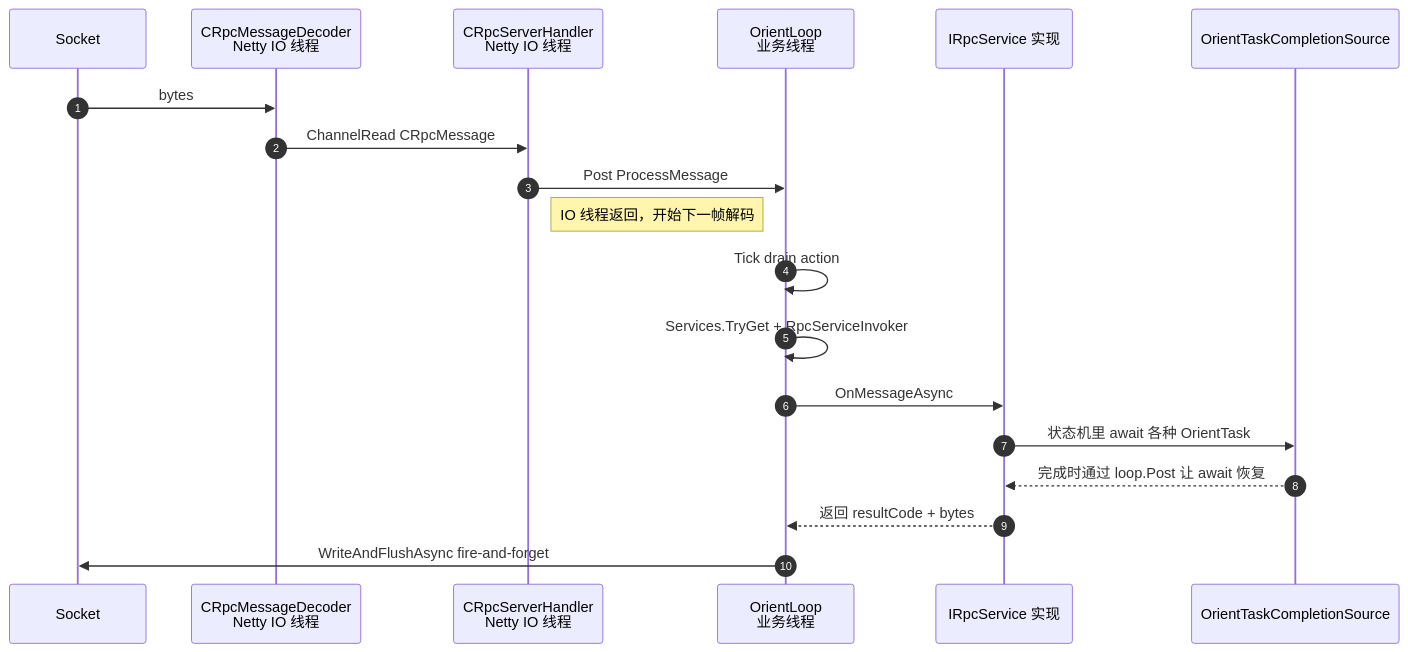
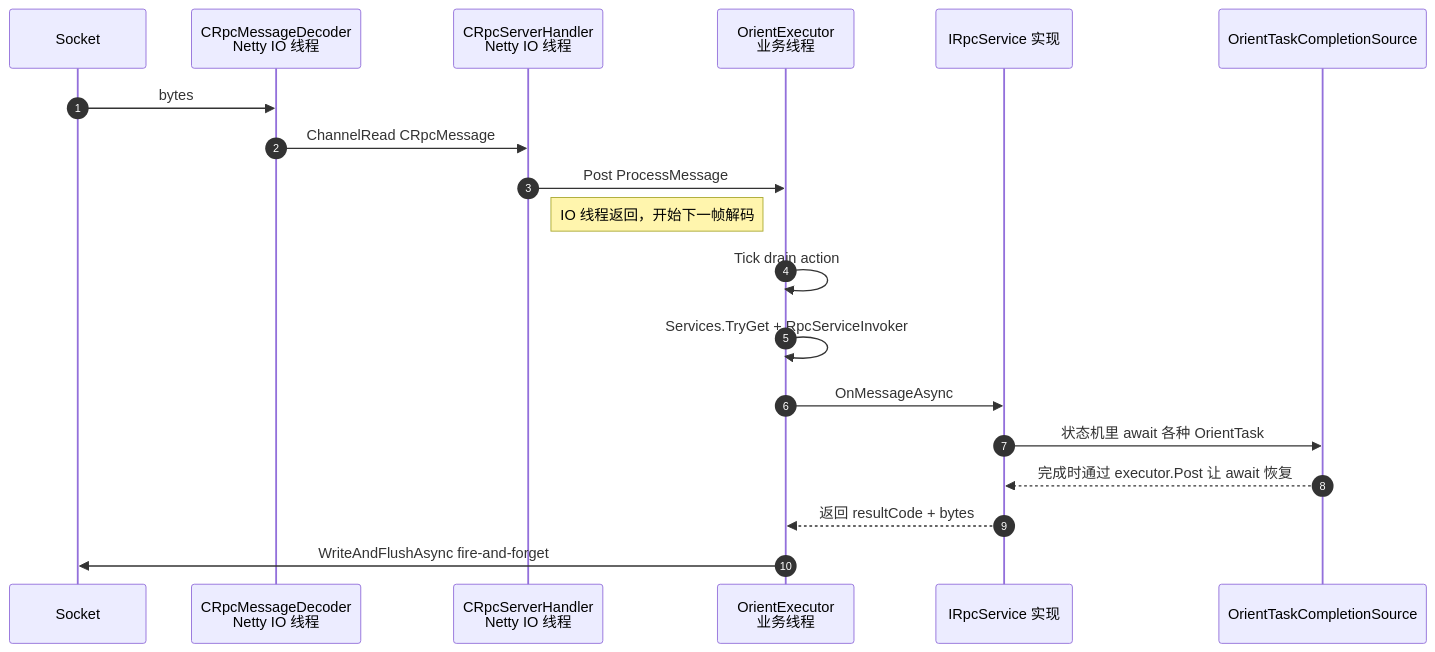
Before and after one commit to orientye/orientdotnet: the second of 5 diagrams in Doc/architecture.md, drawn with Mermaid. The commit also changed other lines of this file and 74 other files, not shown here.

````diff
--- a/Doc/architecture.md
+++ b/Doc/architecture.md
@@ -675,22 +674,22 @@
 ```mermaid
 sequenceDiagram
     autonumber
     participant Net as Socket
     participant Dec as CRpcMessageDecoder<br/>Netty IO 线程
     participant SH as CRpcServerHandler<br/>Netty IO 线程
-    participant BizLoop as OrientLoop<br/>业务线程
+    participant BizExecutor as OrientExecutor<br/>业务线程
     participant Svc as IRpcService 实现
     participant TCS as OrientTaskCompletionSource
 
     Net->>Dec: bytes
     Dec->>SH: ChannelRead CRpcMessage
-    SH->>BizLoop: Post ProcessMessage
+    SH->>BizExecutor: Post ProcessMessage
     Note right of SH: IO 线程返回，开始下一帧解码
-    BizLoop->>BizLoop: Tick drain action
-    BizLoop->>BizLoop: Services.TryGet + RpcServiceInvoker
-    BizLoop->>Svc: OnMessageAsync
+    BizExecutor->>BizExecutor: Tick drain action
+    BizExecutor->>BizExecutor: Services.TryGet + RpcServiceInvoker
+    BizExecutor->>Svc: OnMessageAsync
     Svc->>TCS: 状态机里 await 各种 OrientTask
-    TCS-->>Svc: 完成时通过 loop.Post 让 await 恢复
-    Svc-->>BizLoop: 返回 resultCode + bytes
-    BizLoop->>Net: WriteAndFlushAsync fire-and-forget
+    TCS-->>Svc: 完成时通过 executor.Post 让 await 恢复
+    Svc-->>BizExecutor: 返回 resultCode + bytes
+    BizExecutor->>Net: WriteAndFlushAsync fire-and-forget
 ```
````
